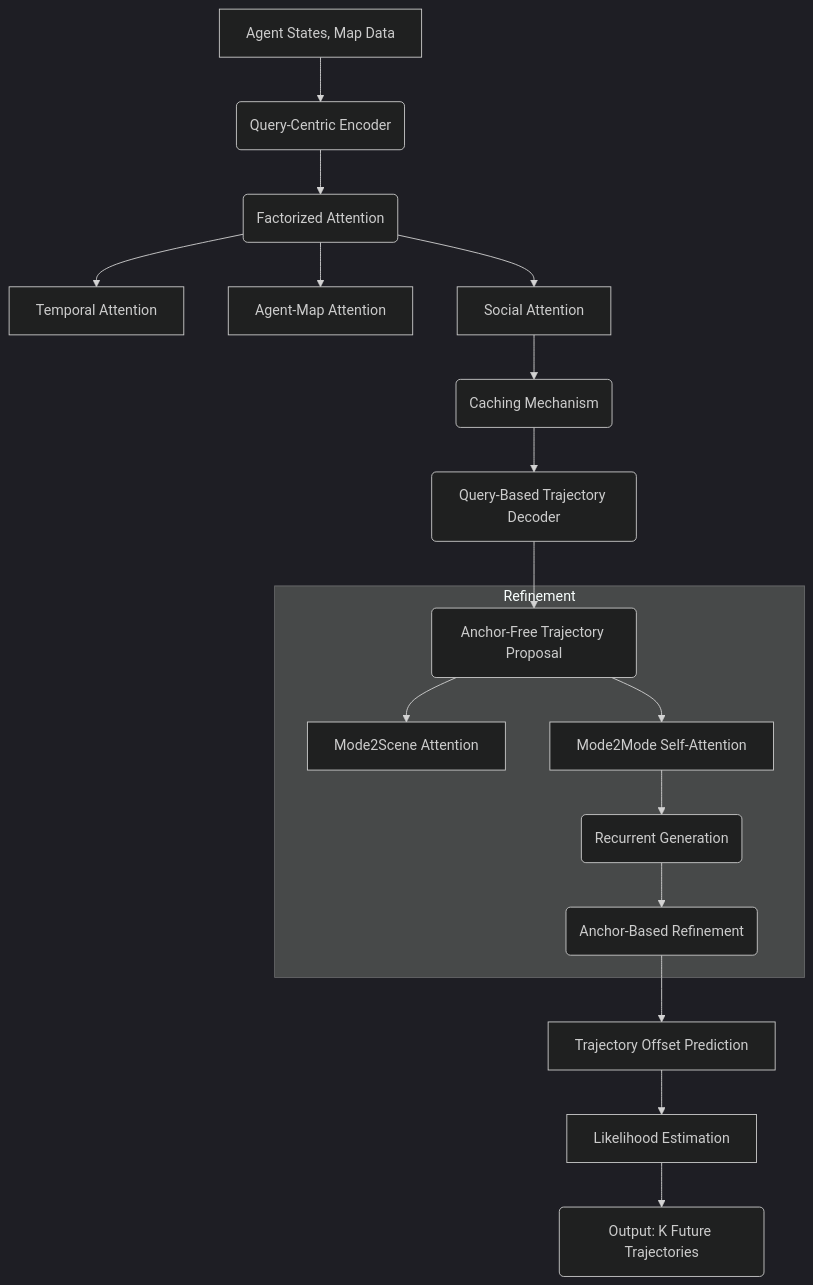
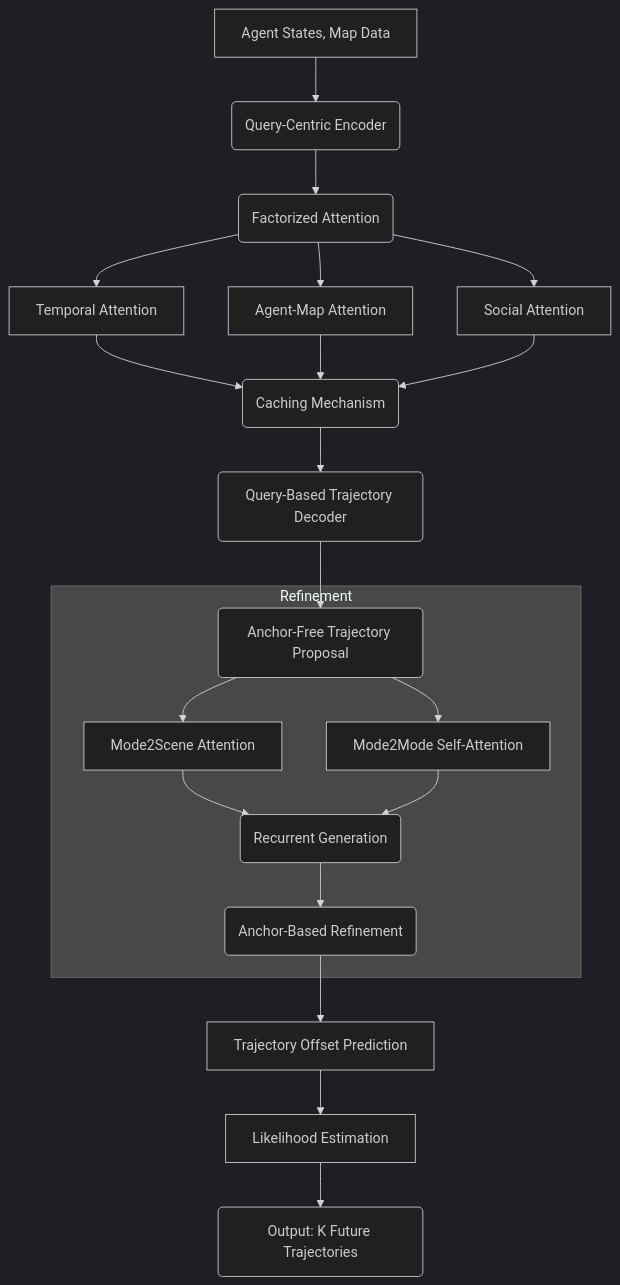
The first of 3 diagrams in Autonomous_Driving_Diagrams.md (troniak/traj_pred_review), drawn with Mermaid (dark theme) before and after one commit. The commit also changed other lines of this file, not shown here.

````diff
--- a/Autonomous_Driving_Diagrams.md
+++ b/Autonomous_Driving_Diagrams.md
@@ -7,22 +7,25 @@
 ```mermaid
 graph TD
     A[Agent States, Map Data] --> B(Query-Centric Encoder)
     B --> C(Factorized Attention)
     C --> D[Temporal Attention]
     C --> E[Agent-Map Attention]
     C --> F[Social Attention]
+    D --> G
+    E --> G
     F --> G(Caching Mechanism)
     G --> H(Query-Based Trajectory Decoder)
     H --> I(Anchor-Free Trajectory Proposal)
     
     subgraph Refinement
         I --> J[Mode2Scene Attention]
         I --> K[Mode2Mode Self-Attention]
+        J --> L
         K --> L(Recurrent Generation)
         L --> M(Anchor-Based Refinement)
     end
 
     M --> N[Trajectory Offset Prediction]
     N --> O[Likelihood Estimation]
     O --> P(Output: K Future Trajectories)
 ```
````
